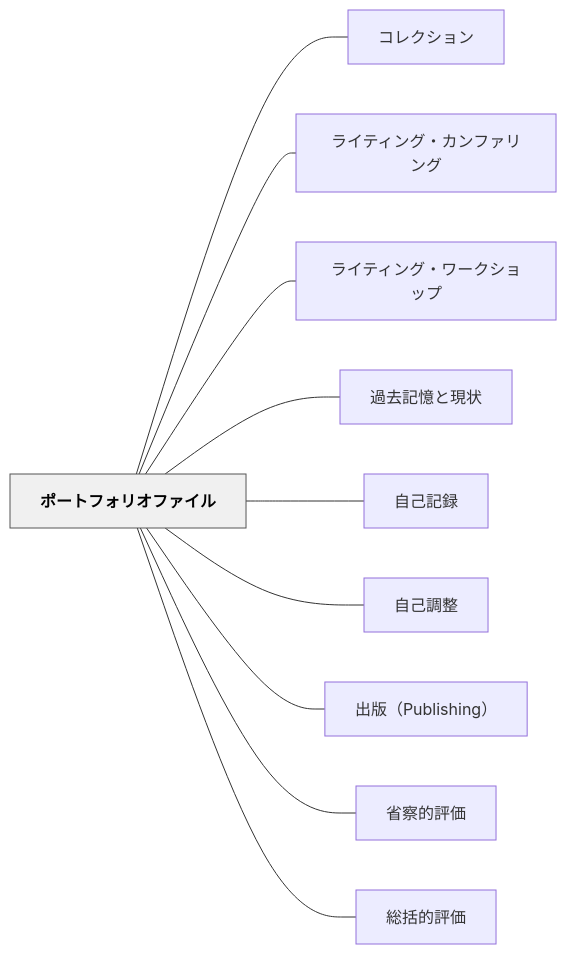
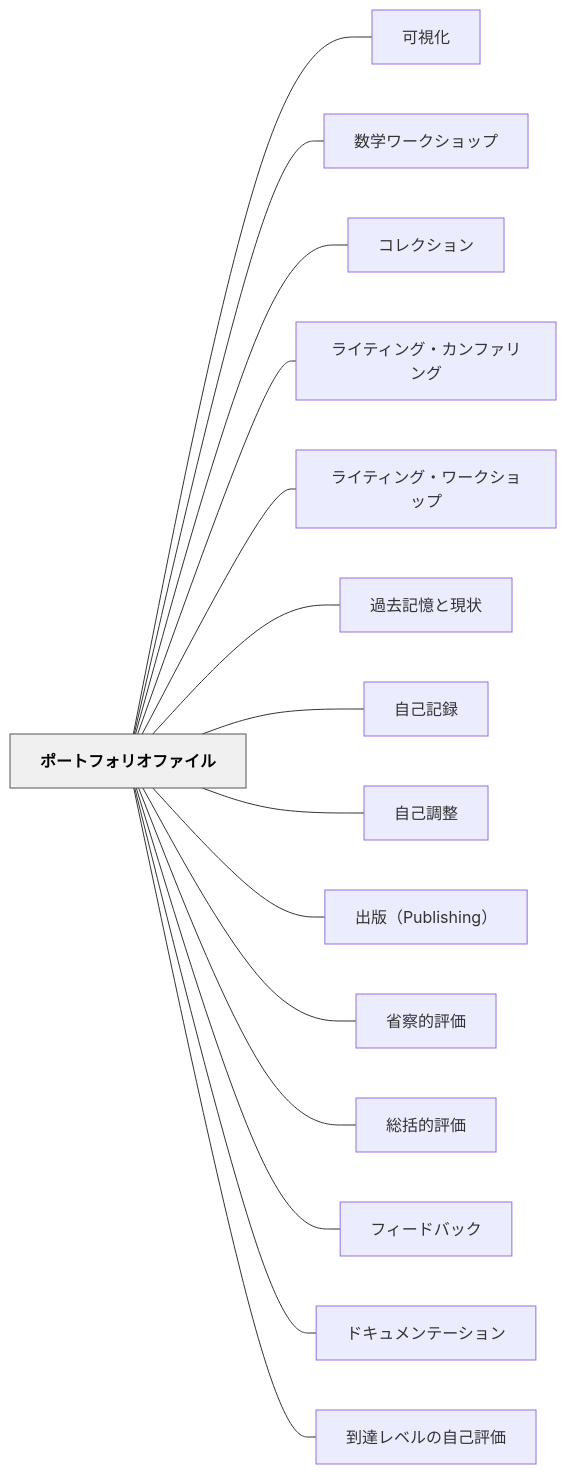
The diagram in content/パタン/ポートフォリオファイル.md (unknownthings-ed-patterns/unknownthings-ed-patterns), drawn with Mermaid before and after one commit. The commit also changed other lines of this file and 100 other files, not shown here.

````diff
--- a/content/パタン/ポートフォリオファイル.md
+++ b/content/パタン/ポートフォリオファイル.md
@@ -86,26 +86,36 @@
 ```mermaid
 flowchart LR
     ne3839de383bce38388e38395e382a9e383aae382aae38395e382a1e382a4e383ab["ポートフォリオファイル"]
+    ne58fafe8a696e58c96["可視化"]
+    ne695b0e5ada6e383afe383bce382afe382b7e383a7e38383e38397["数学ワークショップ"]
     ne382b3e383ace382afe382b7e383a7e383b3["コレクション"]
     ne383a9e382a4e38386e382a3e383b3e382b0e383bbe382abe383b3e38395e382a1e383aae383b3e382b0["ライティング・カンファリング"]
     ne383a9e382a4e38386e382a3e383b3e382b0e383bbe383afe383bce382afe382b7e383a7e38383e38397["ライティング・ワークショップ"]
     ne9818ee58ebbe8a898e686b6e381a8e78fbee78ab6["過去記憶と現状"]
     ne887aae5b7b1e8a898e98cb2["自己記録"]
     ne887aae5b7b1e8aabfe695b4["自己調整"]
     ne587bae78988efbc885075626c697368696e67efbc89["出版（Publishing）"]
     ne79c81e5af9fe79a84e8a995e4bea1["省察的評価"]
     ne7b78fe68bace79a84e8a995e4bea1["総括的評価"]
+    ne38395e382a3e383bce38389e38390e38383e382af["フィードバック"]
+    ne38389e382ade383a5e383a1e383b3e38386e383bce382b7e383a7e383b3["ドキュメンテーション"]
+    ne588b0e98194e383ace38399e383abe381aee887aae5b7b1e8a995e4bea1["到達レベルの自己評価"]
 
+    ne3839de383bce38388e38395e382a9e383aae382aae38395e382a1e382a4e383ab --- ne58fafe8a696e58c96
+    ne3839de383bce38388e38395e382a9e383aae382aae38395e382a1e382a4e383ab --- ne695b0e5ada6e383afe383bce382afe382b7e383a7e38383e38397
     ne3839de383bce38388e38395e382a9e383aae382aae38395e382a1e382a4e383ab --- ne382b3e383ace382afe382b7e383a7e383b3
     ne3839de383bce38388e38395e382a9e383aae382aae38395e382a1e382a4e383ab --- ne383a9e382a4e38386e382a3e383b3e382b0e383bbe382abe383b3e38395e382a1e383aae383b3e382b0
     ne3839de383bce38388e38395e382a9e383aae382aae38395e382a1e382a4e383ab --- ne383a9e382a4e38386e382a3e383b3e382b0e383bbe383afe383bce382afe382b7e383a7e38383e38397
     ne3839de383bce38388e38395e382a9e383aae382aae38395e382a1e382a4e383ab --- ne9818ee58ebbe8a898e686b6e381a8e78fbee78ab6
     ne3839de383bce38388e38395e382a9e383aae382aae38395e382a1e382a4e383ab --- ne887aae5b7b1e8a898e98cb2
     ne3839de383bce38388e38395e382a9e383aae382aae38395e382a1e382a4e383ab --- ne887aae5b7b1e8aabfe695b4
     ne3839de383bce38388e38395e382a9e383aae382aae38395e382a1e382a4e383ab --- ne587bae78988efbc885075626c697368696e67efbc89
     ne3839de383bce38388e38395e382a9e383aae382aae38395e382a1e382a4e383ab --- ne79c81e5af9fe79a84e8a995e4bea1
     ne3839de383bce38388e38395e382a9e383aae382aae38395e382a1e382a4e383ab --- ne7b78fe68bace79a84e8a995e4bea1
+    ne3839de383bce38388e38395e382a9e383aae382aae38395e382a1e382a4e383ab --- ne38395e382a3e383bce38389e38390e38383e382af
+    ne3839de383bce38388e38395e382a9e383aae382aae38395e382a1e382a4e383ab --- ne38389e382ade383a5e383a1e383b3e38386e383bce382b7e383a7e383b3
+    ne3839de383bce38388e38395e382a9e383aae382aae38395e382a1e382a4e383ab --- ne588b0e98194e383ace38399e383abe381aee887aae5b7b1e8a995e4bea1
 
     classDef hub fill:#f0f0f0,stroke:#555,color:#000,font-weight:bold
     class ne3839de383bce38388e38395e382a9e383aae382aae38395e382a1e382a4e383ab hub
 ```
````
